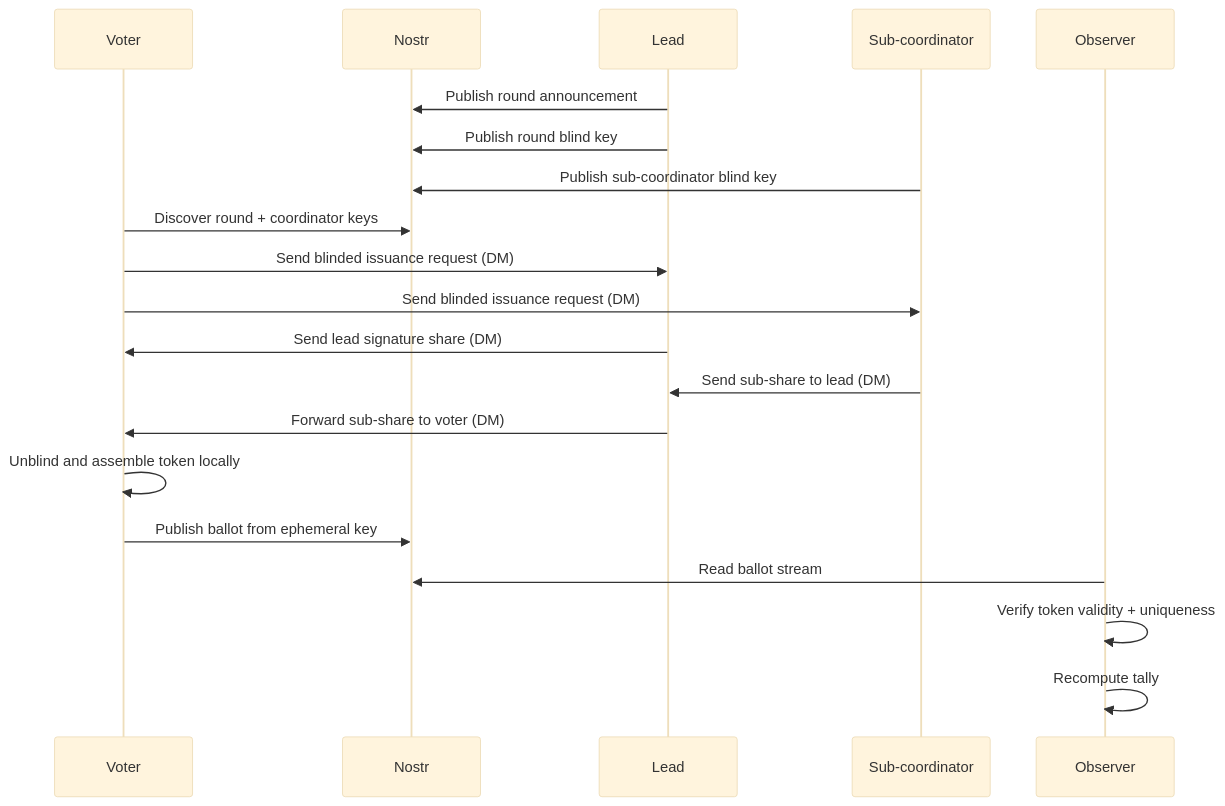
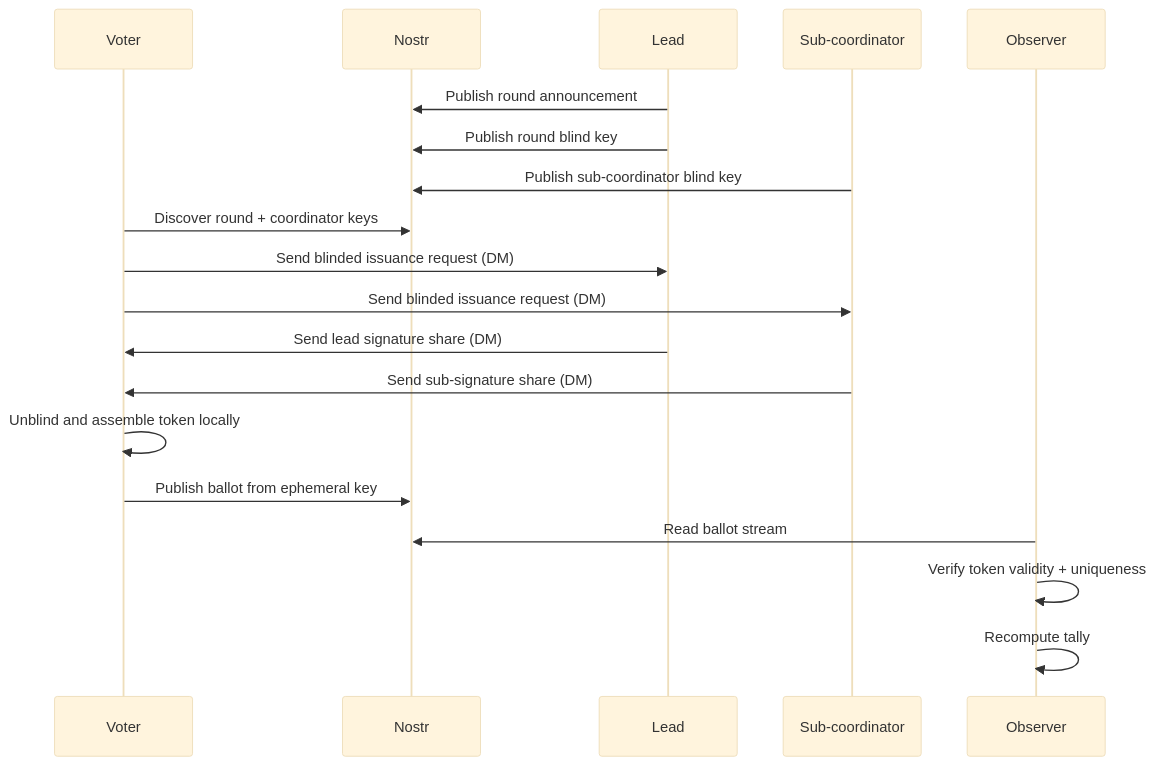
Before and after one commit to tidley/auditable-voting: the second of 8 diagrams in docs/project-explainer.md, drawn with Mermaid (base theme). The commit also changed other lines of this file and 9 other files, not shown here.

````diff
--- a/docs/project-explainer.md
+++ b/docs/project-explainer.md
@@ -196,23 +196,22 @@
 ```mermaid
 sequenceDiagram
   participant V as Voter
   participant N as Nostr
   participant L as Lead
   participant C as Sub-coordinator
   participant O as Observer
 
   L->>N: Publish round announcement
   L->>N: Publish round blind key
   C->>N: Publish sub-coordinator blind key
   V->>N: Discover round + coordinator keys
   V->>L: Send blinded issuance request (DM)
   V->>C: Send blinded issuance request (DM)
   L->>V: Send lead signature share (DM)
-  C->>L: Send sub-share to lead (DM)
-  L->>V: Forward sub-share to voter (DM)
+  C->>V: Send sub-signature share (DM)
   V->>V: Unblind and assemble token locally
   V->>N: Publish ballot from ephemeral key
   O->>N: Read ballot stream
   O->>O: Verify token validity + uniqueness
   O->>O: Recompute tally
 ```
````
